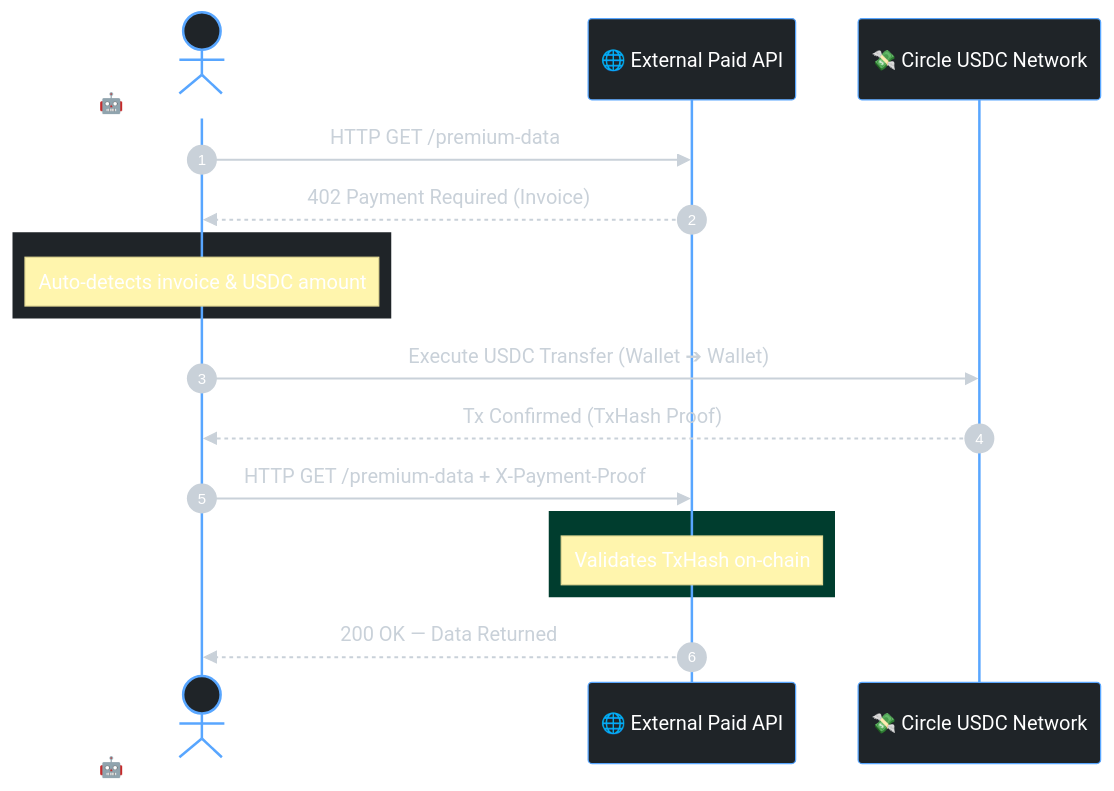
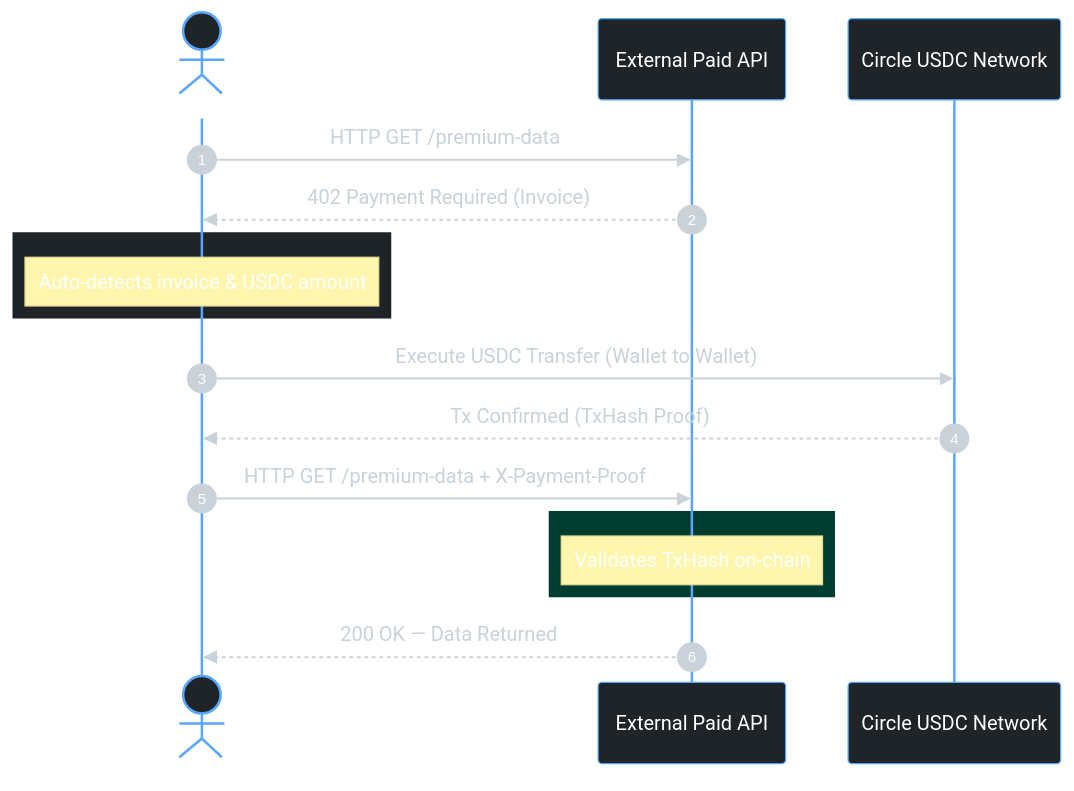
Before and after one commit to shashankrpatil077-ctrl/NeuralMarket: the diagram in README.md, drawn with Mermaid.

Commit message:
style: Remove emojis from sequence diagram for strict professionalism

````diff
--- a/README.md
+++ b/README.md
@@ -46,43 +46,43 @@
 ```mermaid
 %%{init: {
   'theme': 'base',
   'themeVariables': {
     'primaryColor': '#0d1117',
     'primaryTextColor': '#c9d1d9',
     'primaryBorderColor': '#30363d',
     'lineColor': '#58a6ff',
     'secondaryColor': '#161b22',
     'tertiaryColor': '#21262d',
     'actorBkg': '#1f2428',
     'actorBorder': '#58a6ff',
     'actorTextColor': '#fff',
     'noteBkg': '#003d2e',
     'noteBorder': '#2ea043',
     'noteTextColor': '#fff',
     'sequenceNumberColor': '#fff'
   }
 }}%%
 sequenceDiagram
     autonumber
-    actor Client as 🤖 NeuralMarket Client
-    participant API as 🌐 External Paid API
-    participant Circle as 💸 Circle USDC Network
+    actor Client as NeuralMarket Client
+    participant API as External Paid API
+    participant Circle as Circle USDC Network
 
     Client->>API: HTTP GET /premium-data
     API-->>Client: 402 Payment Required (Invoice)
     
     rect rgb(31, 36, 40)
     Note over Client: Auto-detects invoice & USDC amount
     end
     
-    Client->>Circle: Execute USDC Transfer (Wallet ➔ Wallet)
+    Client->>Circle: Execute USDC Transfer (Wallet to Wallet)
     Circle-->>Client: Tx Confirmed (TxHash Proof)
     
     Client->>API: HTTP GET /premium-data + X-Payment-Proof
     
     rect rgb(0, 61, 46)
     Note over API: Validates TxHash on-chain
     end
     
     API-->>Client: 200 OK — Data Returned
 ```
````
